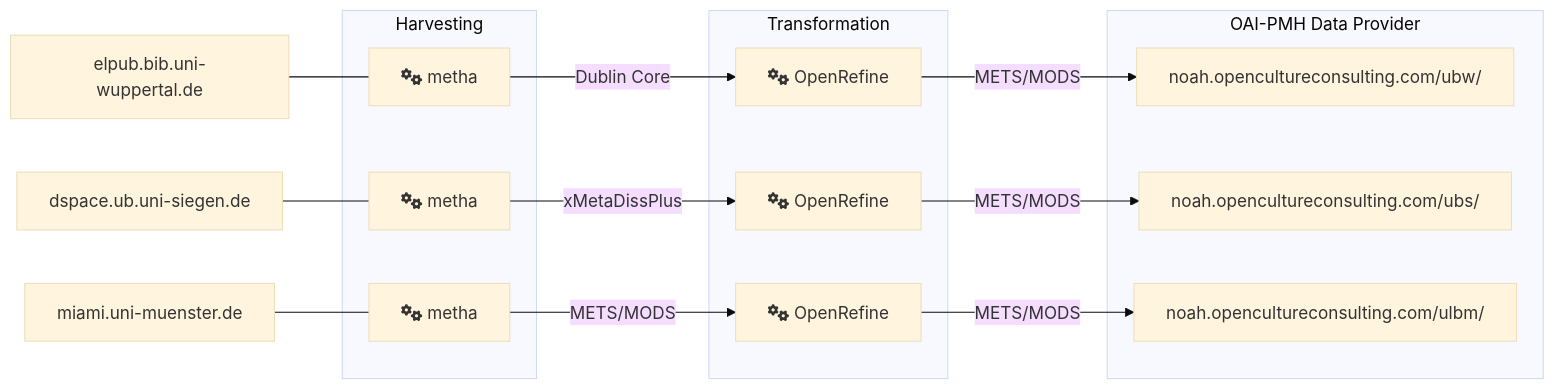
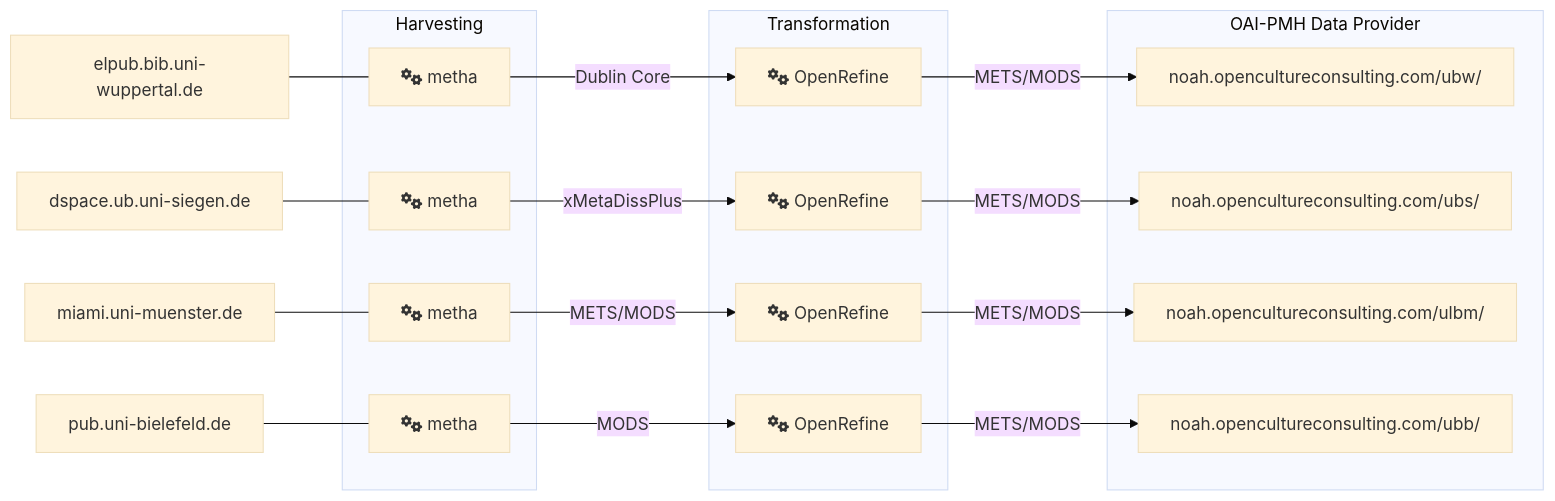
One commit to opencultureconsulting/noah changed the diagram in flowchart.mmd. Above: the diagram before and after it, drawn with Mermaid (base theme). The commit also changed 2 other files, not shown here.

Commit message:
Ergänzung pub.uni-bielefeld.de in Doku

```diff
--- a/flowchart.mmd
+++ b/flowchart.mmd
@@ -1,25 +1,31 @@
 graph LR
 wuppertal[elpub.bib.uni-wuppertal.de] --- metha_wuppertal
 click wuppertal "http://elpub.bib.uni-wuppertal.de/servlets/OAIDataProvider?verb=ListRecords&metadataPrefix=oai_dc" _blank
 siegen[dspace.ub.uni-siegen.de] --- metha_siegen
 click siegen "https://dspace.ub.uni-siegen.de/oai/request?verb=ListRecords&metadataPrefix=xMetaDissPlus" _blank
 muenster[miami.uni-muenster.de] --- metha_muenster
 click muenster "https://repositorium.uni-muenster.de/oai/miami?verb=ListRecords&metadataPrefix=mets" _blank
+bielefeld[pub.uni-bielefeld.de] --- metha_bielefeld
+click bielefeld "https://pub.uni-bielefeld.de/oai?verb=ListRecords&metadataPrefix=mods&set=open_access" _blank
 subgraph Harvesting
 metha_wuppertal["fa:fa-cogs metha"]
 metha_siegen["fa:fa-cogs metha"]
 metha_muenster["fa:fa-cogs metha"]
+metha_bielefeld["fa:fa-cogs metha"]
 end
 subgraph Transformation
 metha_wuppertal  -->|Dublin Core| refine_wuppertal[fa:fa-cogs OpenRefine]
 metha_siegen -->|xMetaDissPlus| refine_siegen[fa:fa-cogs OpenRefine]
 metha_muenster  -->|METS/MODS| refine_muenster[fa:fa-cogs OpenRefine]
+metha_bielefeld  -->|MODS| refine_bielefeld[fa:fa-cogs OpenRefine]
 end
 subgraph OAI-PMH Data Provider
 refine_wuppertal -->|METS/MODS| oai_wuppertal["noah.opencultureconsulting.com/ubw/"]
 click oai_wuppertal "https://noah.opencultureconsulting.com/ubw/?verb=ListRecords&metadataPrefix=mets" _blank
 refine_siegen -->|METS/MODS| oai_siegen["noah.opencultureconsulting.com/ubs/"]
 click oai_siegen "https://noah.opencultureconsulting.com/ubs/?verb=ListRecords&metadataPrefix=mets" _blank
 refine_muenster -->|METS/MODS| oai_muenster["noah.opencultureconsulting.com/ulbm/"]
 click oai_muenster "https://noah.opencultureconsulting.com/ubm/?verb=ListRecords&metadataPrefix=mets" _blank
+refine_bielefeld -->|METS/MODS| oai_bielefeld["noah.opencultureconsulting.com/ubb/"]
+click oai_bielefeld "https://noah.opencultureconsulting.com/ubb/?verb=ListRecords&metadataPrefix=mets" _blank
 end
```
